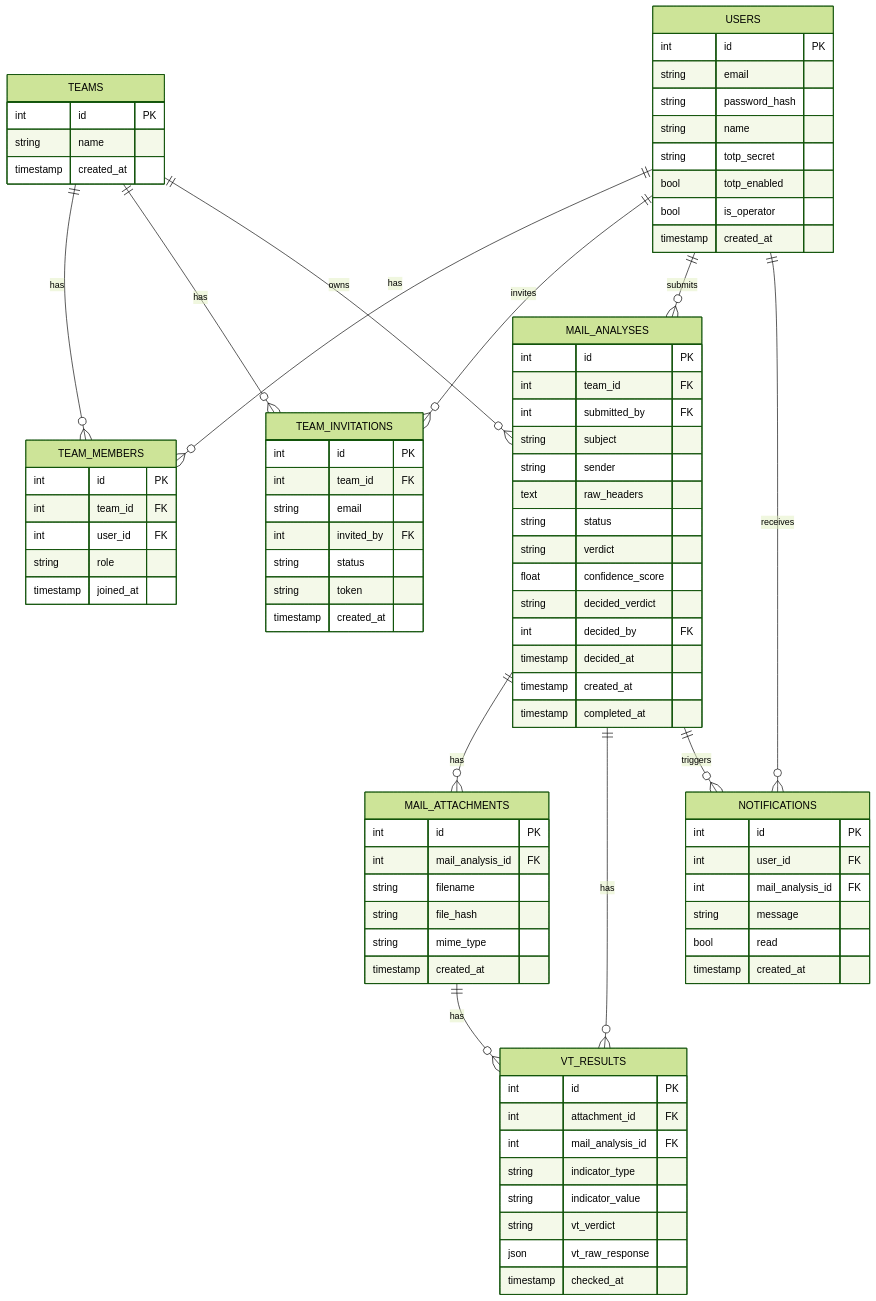
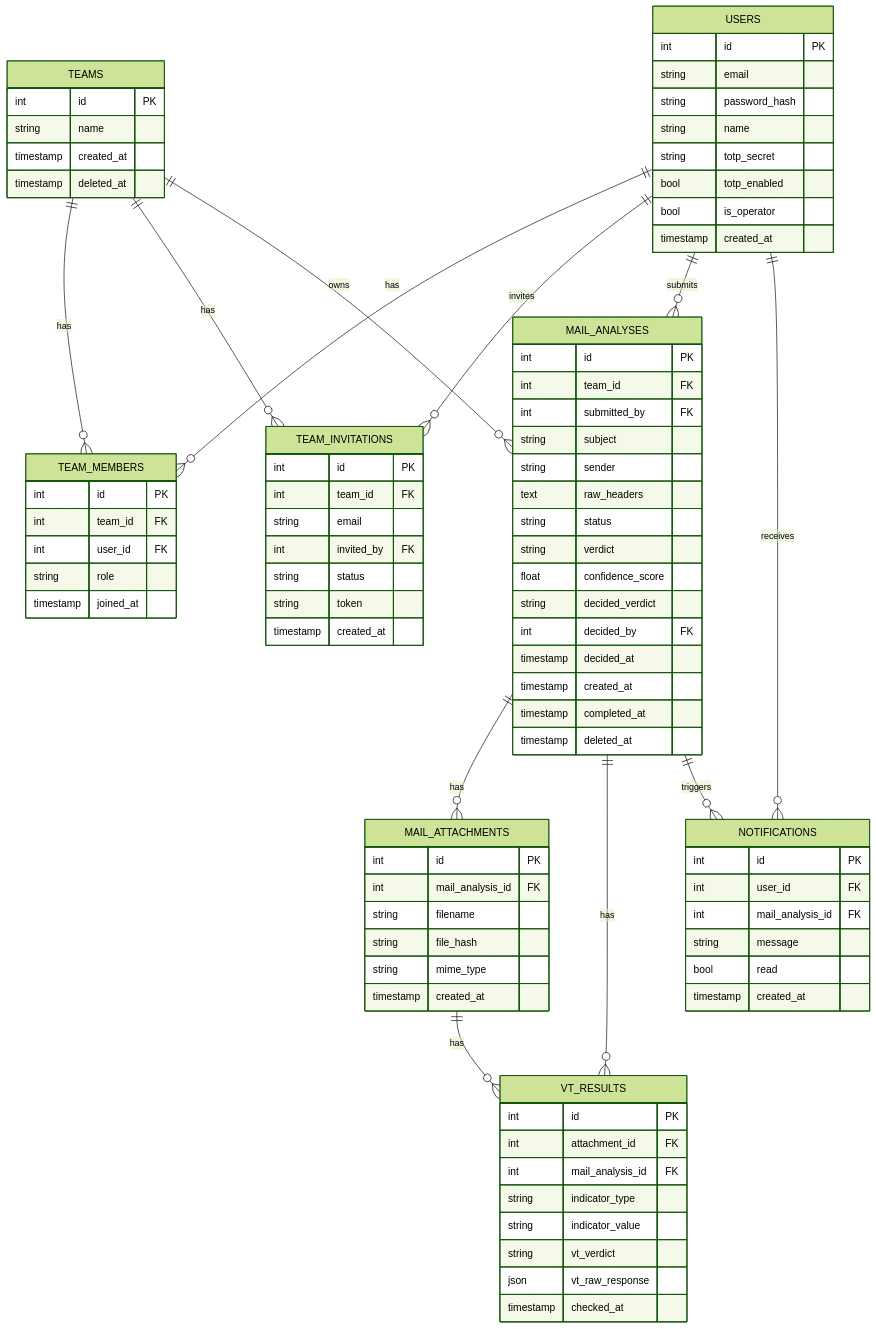
Before and after one commit to teamphive/phisheye: the diagram in docs/data-model.md, drawn with Mermaid (forest theme). The commit also changed other lines of this file and 117 other files, not shown here.

```diff
--- a/docs/data-model.md
+++ b/docs/data-model.md
@@ -128,6 +130,7 @@
     int id PK
     string name
     timestamp created_at
+    timestamp deleted_at
   }
   TEAM_MEMBERS {
     int id PK
@@ -160,6 +163,7 @@
     timestamp decided_at
     timestamp created_at
     timestamp completed_at
+    timestamp deleted_at
   }
   MAIL_ATTACHMENTS {
     int id PK
```
